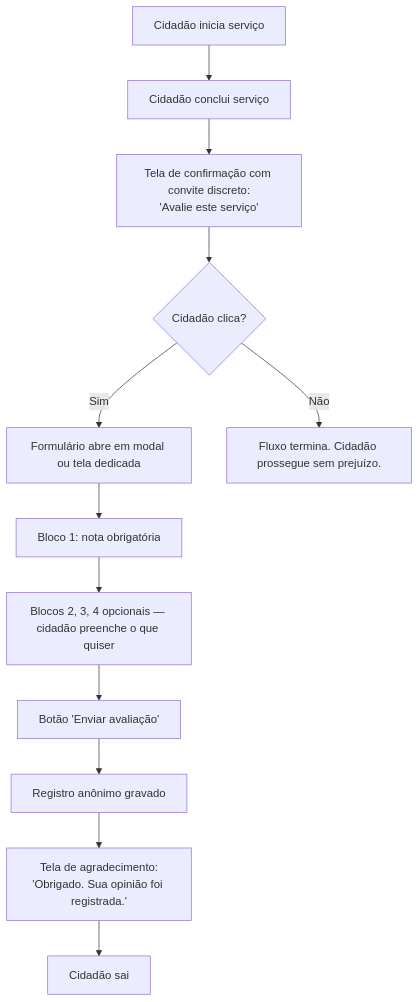
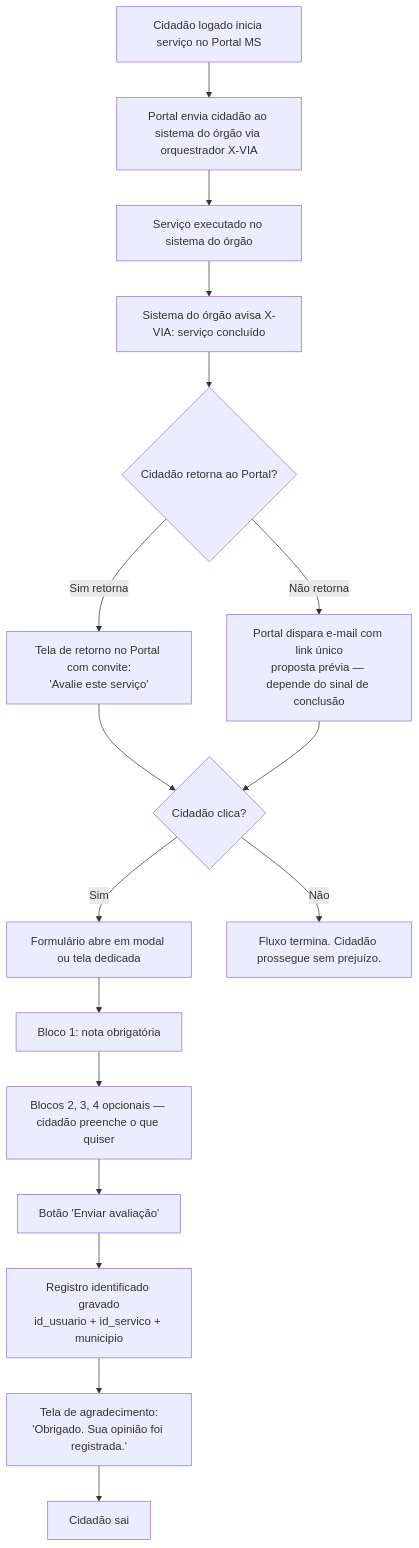
The first of 2 diagrams in docs/05-proposta/fluxo.md (fabioramos-02/avaliacao-de-servicos), drawn with Mermaid before and after one commit. The commit also changed other lines of this file and 27 other files, not shown here.

````diff
--- a/docs/05-proposta/fluxo.md
+++ b/docs/05-proposta/fluxo.md
@@ -5,14 +7,19 @@
 ```mermaid
 graph TD
-    A[Cidadão inicia serviço] --> B[Cidadão conclui serviço]
-    B --> C[Tela de confirmação com convite discreto:<br/>'Avalie este serviço']
-    C --> D{Cidadão clica?}
-    D -- Sim --> E[Formulário abre em modal ou tela dedicada]
-    D -- Não --> Z1[Fluxo termina. Cidadão prossegue sem prejuízo.]
-    E --> F[Bloco 1: nota obrigatória]
-    F --> G[Blocos 2, 3, 4 opcionais — cidadão preenche o que quiser]
-    G --> H[Botão 'Enviar avaliação']
-    H --> I[Registro anônimo gravado]
-    I --> J[Tela de agradecimento:<br/>'Obrigado. Sua opinião foi registrada.']
-    J --> K[Cidadão sai]
+    A[Cidadão logado inicia serviço no Portal MS] --> B[Portal envia cidadão ao sistema do órgão via orquestrador X-VIA]
+    B --> C[Serviço executado no sistema do órgão]
+    C --> D[Sistema do órgão avisa X-VIA: serviço concluído]
+    D --> E{Cidadão retorna ao Portal?}
+    E -- Sim retorna --> F[Tela de retorno no Portal com convite:<br/>'Avalie este serviço']
+    E -- Não retorna --> G[Portal dispara e-mail com link único<br/>proposta prévia — depende do sinal de conclusão]
+    F --> H{Cidadão clica?}
+    G --> H
+    H -- Sim --> I[Formulário abre em modal ou tela dedicada]
+    H -- Não --> Z1[Fluxo termina. Cidadão prossegue sem prejuízo.]
+    I --> J[Bloco 1: nota obrigatória]
+    J --> K[Blocos 2, 3, 4 opcionais — cidadão preenche o que quiser]
+    K --> L[Botão 'Enviar avaliação']
+    L --> M[Registro identificado gravado<br/>id_usuario + id_servico + municipio]
+    M --> N[Tela de agradecimento:<br/>'Obrigado. Sua opinião foi registrada.']
+    N --> O[Cidadão sai]
 ```
````
